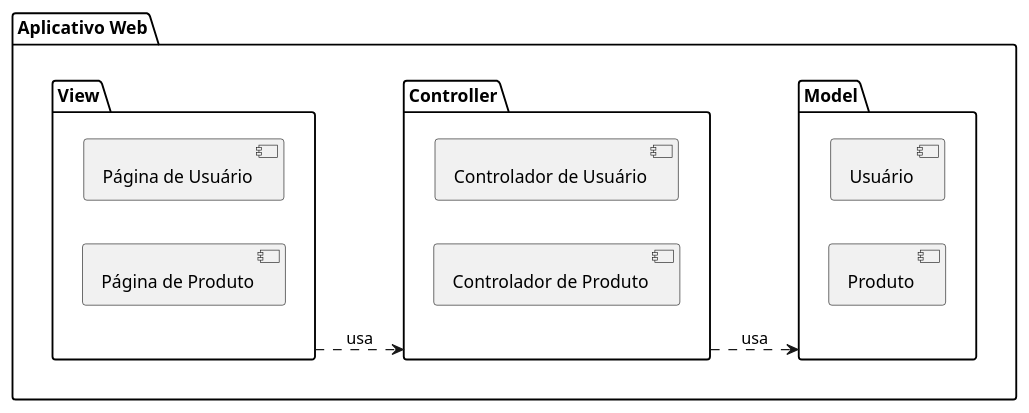
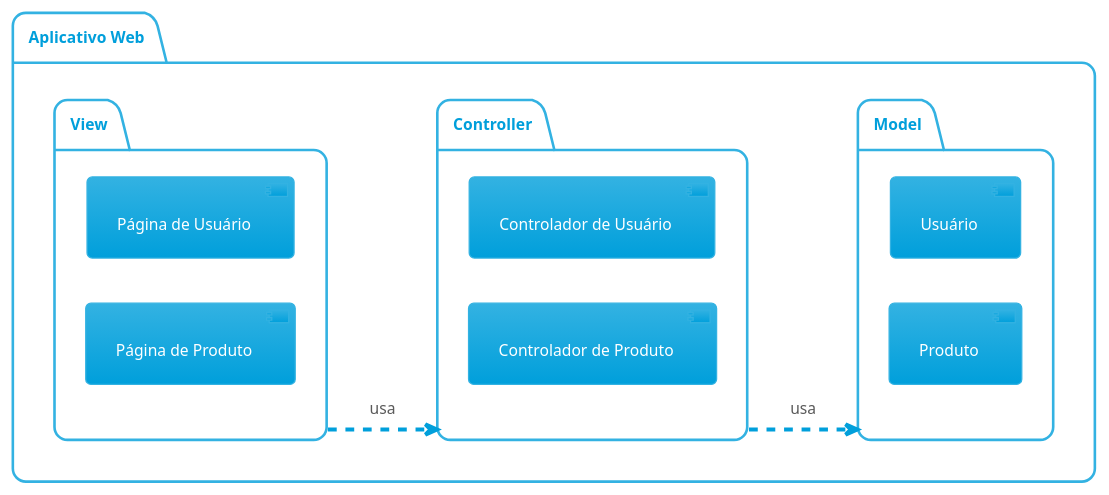
One commit to LeonardoVieiraGuimaraes/OrientacaoObjetos changed the diagram in UML/DiagramasEstruturais/Pacotes.puml. Above: the diagram before and after it, drawn with PlantUML. The commit also changed 14 other files, not shown here.

```diff
--- a/UML/DiagramasEstruturais/Pacotes.puml
+++ b/UML/DiagramasEstruturais/Pacotes.puml
@@ -1,22 +1,23 @@
-@startuml
+@startuml MVC
+!theme bluegray
 left to right direction
 package "Aplicativo Web" {
     package "Model" {
         [Usuário]
         [Produto]
     }
 
     package "View" {
         [Página de Usuário]
         [Página de Produto]
     }
 
     package "Controller" {
         [Controlador de Usuário]
         [Controlador de Produto]
     }
 }
 
 [View] ..> [Controller] : usa
 [Controller] ..> [Model] : usa
 @enduml
```
